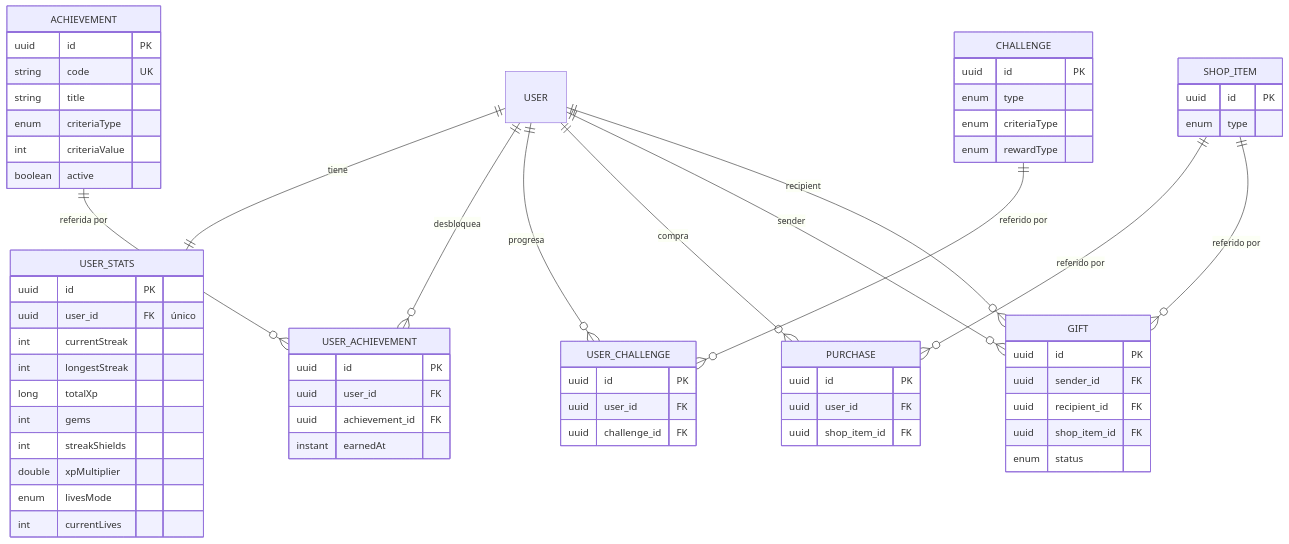
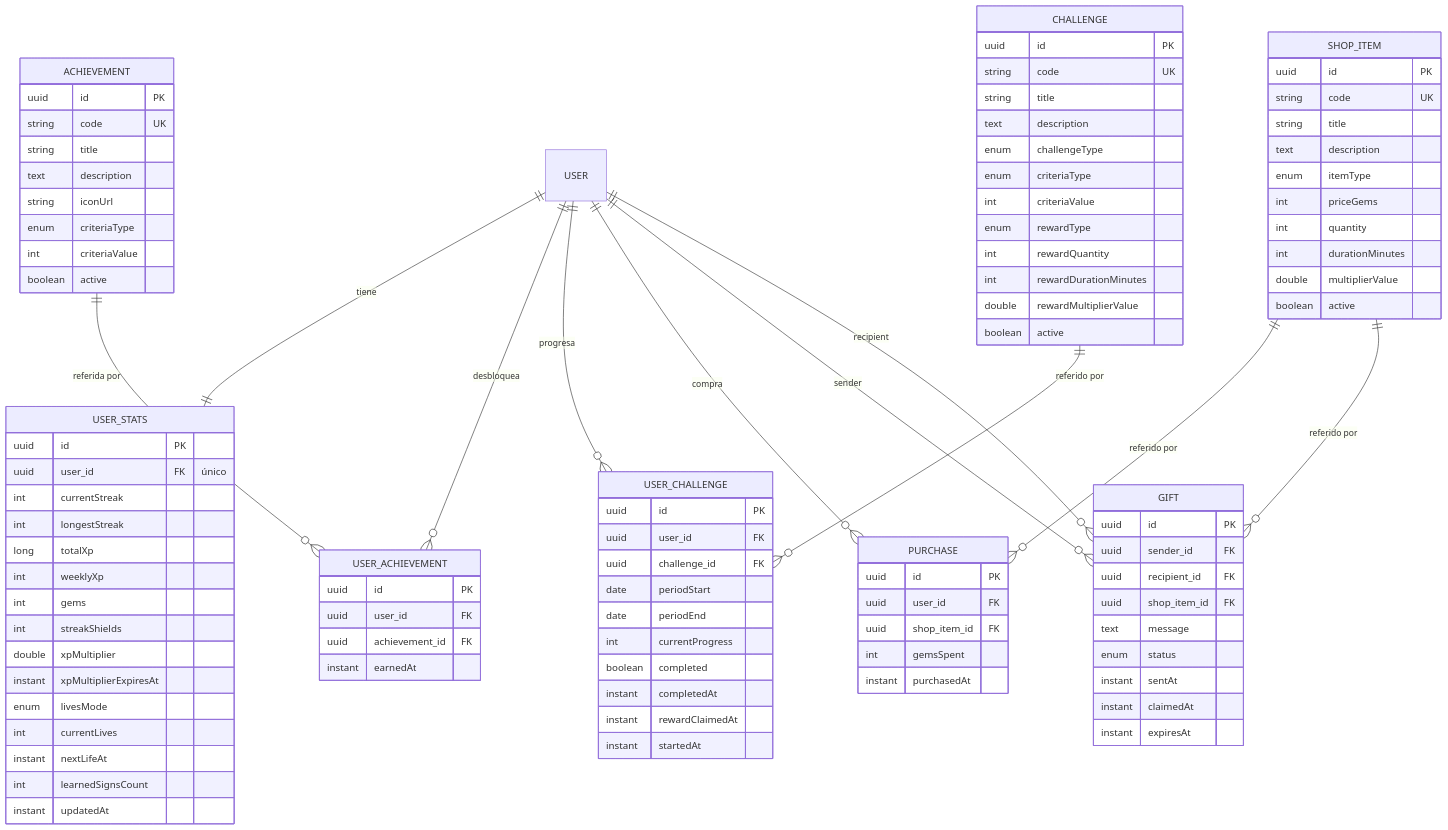
One commit to signasource/signa-api changed the fifth of 6 diagrams in docs/diagrams/er.md. Above: the diagram before and after it, drawn with Mermaid. The commit also changed other lines of this file and 3 other files, not shown here.

````diff
--- a/docs/diagrams/er.md
+++ b/docs/diagrams/er.md
@@ -152,16 +240,23 @@
         int currentStreak
         int longestStreak
         long totalXp
+        int weeklyXp
         int gems
         int streakShields
         double xpMultiplier
+        instant xpMultiplierExpiresAt
         enum livesMode
         int currentLives
+        instant nextLifeAt
+        int learnedSignsCount
+        instant updatedAt
     }
     ACHIEVEMENT {
         uuid id PK
         string code UK
         string title
+        text description
+        string iconUrl
         enum criteriaType
         int criteriaValue
         boolean active
@@ -174,29 +269,58 @@
     }
     CHALLENGE {
         uuid id PK
-        enum type
+        string code UK
+        string title
+        text description
+        enum challengeType
         enum criteriaType
+        int criteriaValue
         enum rewardType
+        int rewardQuantity
+        int rewardDurationMinutes
+        double rewardMultiplierValue
+        boolean active
     }
     USER_CHALLENGE {
         uuid id PK
         uuid user_id FK
         uuid challenge_id FK
+        date periodStart
+        date periodEnd
+        int currentProgress
+        boolean completed
+        instant completedAt
+        instant rewardClaimedAt
+        instant startedAt
     }
     SHOP_ITEM {
         uuid id PK
-        enum type
+        string code UK
+        string title
+        text description
+        enum itemType
+        int priceGems
+        int quantity
+        int durationMinutes
+        double multiplierValue
+        boolean active
     }
     PURCHASE {
         uuid id PK
         uuid user_id FK
         uuid shop_item_id FK
+        int gemsSpent
+        instant purchasedAt
     }
     GIFT {
         uuid id PK
         uuid sender_id FK
         uuid recipient_id FK
         uuid shop_item_id FK
+        text message
         enum status
+        instant sentAt
+        instant claimedAt
+        instant expiresAt
     }
 ```
````
